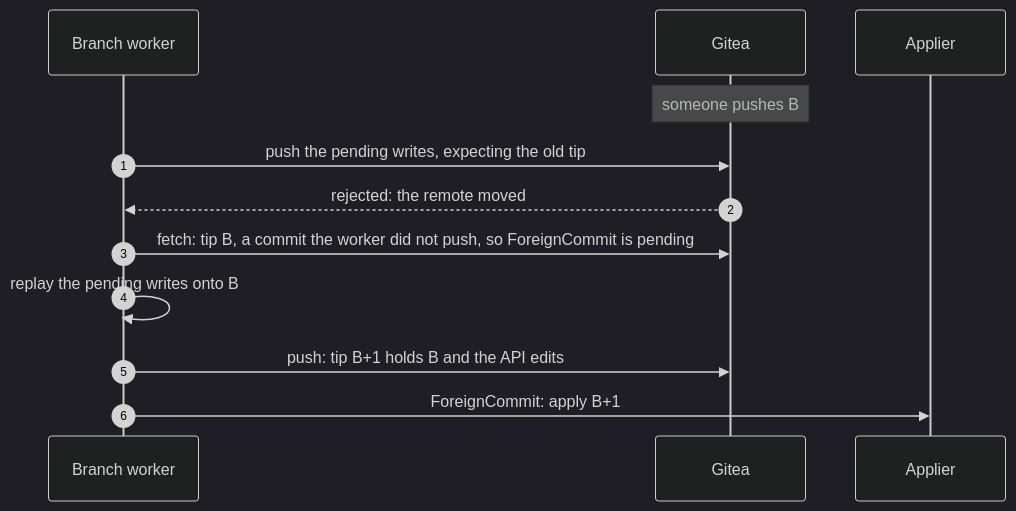
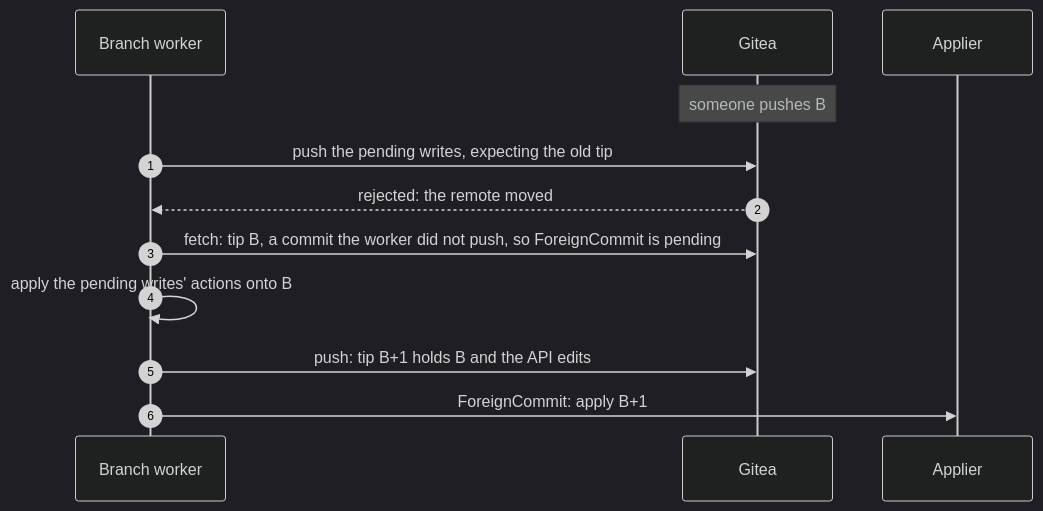
One commit to ConfigButler/gitops-reverser changed the fifth of 6 diagrams in docs/design/applier-echoes.md. Above: the diagram before and after it, drawn with Mermaid (dark theme). The commit also changed other lines of this file and 1 other file, not shown here.

````diff
--- a/docs/design/applier-echoes.md
+++ b/docs/design/applier-echoes.md
@@ -280,15 +324,15 @@
 ```mermaid
 sequenceDiagram
     autonumber
     participant W as Branch worker
     participant G as Gitea
     participant F as Applier
 
     Note over G: someone pushes B
     W->>G: push the pending writes, expecting the old tip
     G-->>W: rejected: the remote moved
     W->>G: fetch: tip B, a commit the worker did not push, so ForeignCommit is pending
-    W->>W: replay the pending writes onto B
+    W->>W: apply the pending writes' actions onto B
     W->>G: push: tip B+1 holds B and the API edits
     W->>F: ForeignCommit: apply B+1
 ```
````
